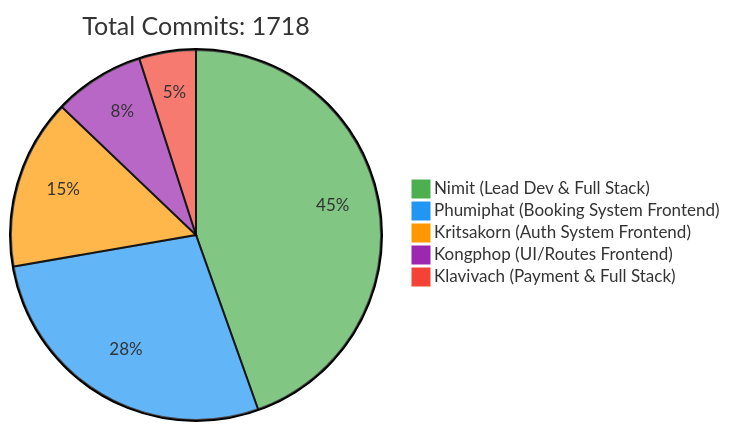
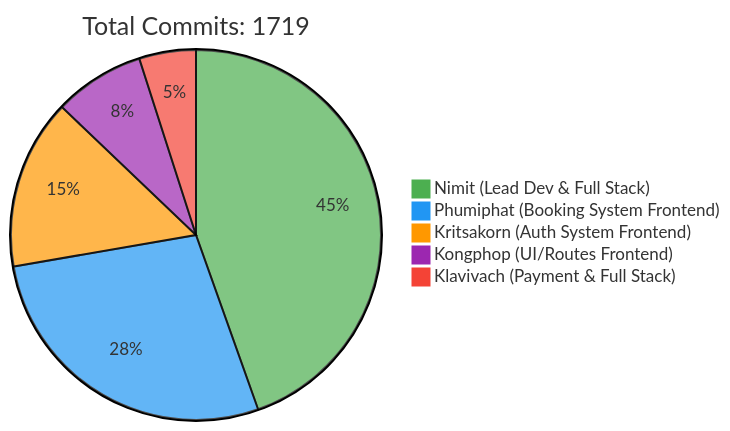
Before and after one commit to 6531503042/Sport-Complex: the first of 2 diagrams in README.md, drawn with Mermaid. The commit also changed other lines of this file, not shown here.

Commit message:
docs: Update contributor statistics [skip ci]

````diff
--- a/README.md
+++ b/README.md
@@ -257,10 +257,10 @@
 ```mermaid
 %%{init: {'theme': 'base', 'themeVariables': { 'pie1': '#4CAF50', 'pie2': '#2196F3', 'pie3': '#FF9800', 'pie4': '#9C27B0', 'pie5': '#F44336'}}}%%
 pie
-    title Total Commits: 1718
+    title Total Commits: 1719
     "Nimit (Lead Dev & Full Stack)" : 450
     "Phumiphat (Booking System Frontend)" : 280
     "Kritsakorn (Auth System Frontend)" : 150
     "Kongphop (UI/Routes Frontend)" : 80
     "Klavivach (Payment & Full Stack)" : 50
 ```
````
